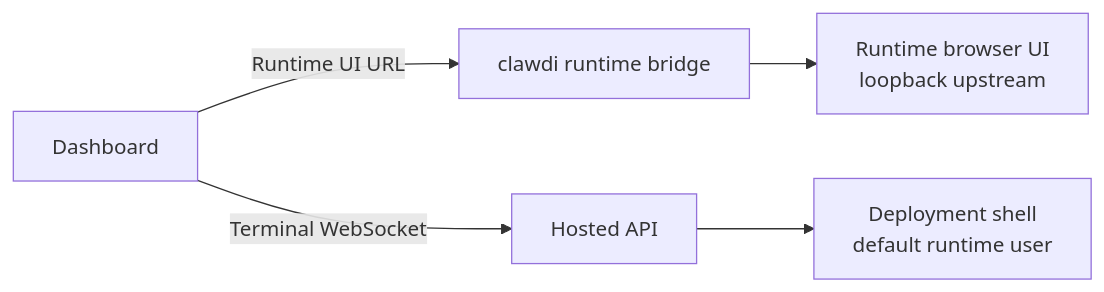
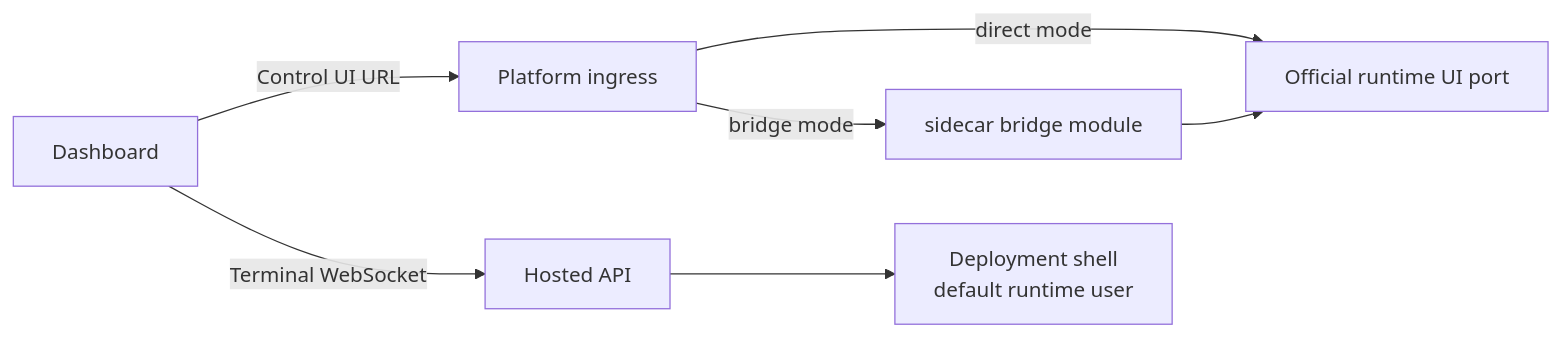
Before and after one commit to Clawdi-AI/clawdi: the second of 2 diagrams in docs/managed-runtime.md, drawn with Mermaid. The commit also changed other lines of this file and 38 other files, not shown here.

First line of the commit message:
Clean managed runtime direct launch (#239)

````diff
--- a/docs/managed-runtime.md
+++ b/docs/managed-runtime.md
@@ -265,7 +430,9 @@
 ```mermaid
 flowchart LR
-    Dashboard[Dashboard] -->|Runtime UI URL| Bridge[clawdi runtime bridge]
-    Bridge --> RuntimeUI[Runtime browser UI<br/>loopback upstream]
+    Dashboard[Dashboard] -->|Control UI URL| Ingress[Platform ingress]
+    Ingress -->|direct mode| RuntimeUI[Official runtime UI port]
+    Ingress -->|bridge mode| Bridge[sidecar bridge module]
+    Bridge --> RuntimeUI
     Dashboard -->|Terminal WebSocket| HostedAPI[Hosted API]
     HostedAPI --> Shell[Deployment shell<br/>default runtime user]
 ```
````
